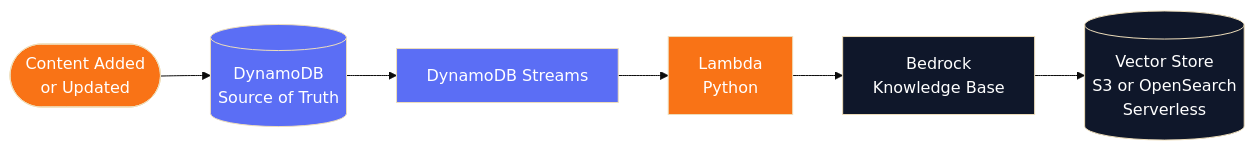
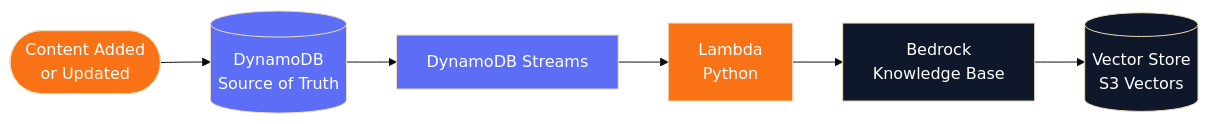
The fourth of 5 diagrams in docs/tech/architecture-diagram.md (CumulusCycles/EverydayAI-Tutor), drawn with Mermaid (base theme) before and after one commit. The commit also changed other lines of this file and 9 other files, not shown here.

````diff
--- a/docs/tech/architecture-diagram.md
+++ b/docs/tech/architecture-diagram.md
@@ -120,15 +120,15 @@
 ```mermaid
 flowchart LR
     A([Content Added\nor Updated]) --> B[(DynamoDB\nSource of Truth)]
     B --> C[DynamoDB Streams]
     C --> D[Lambda\nPython]
     D --> E[Bedrock\nKnowledge Base]
-    E --> F[(Vector Store\nS3 or OpenSearch\nServerless)]
+    E --> F[(Vector Store\nS3 Vectors)]
 
     style A fill:#F97316,color:#fff
     style B fill:#5B6EF5,color:#fff
     style C fill:#5B6EF5,color:#fff
     style D fill:#F97316,color:#fff
     style E fill:#0F172A,color:#fff
     style F fill:#0F172A,color:#fff
 ```
````
